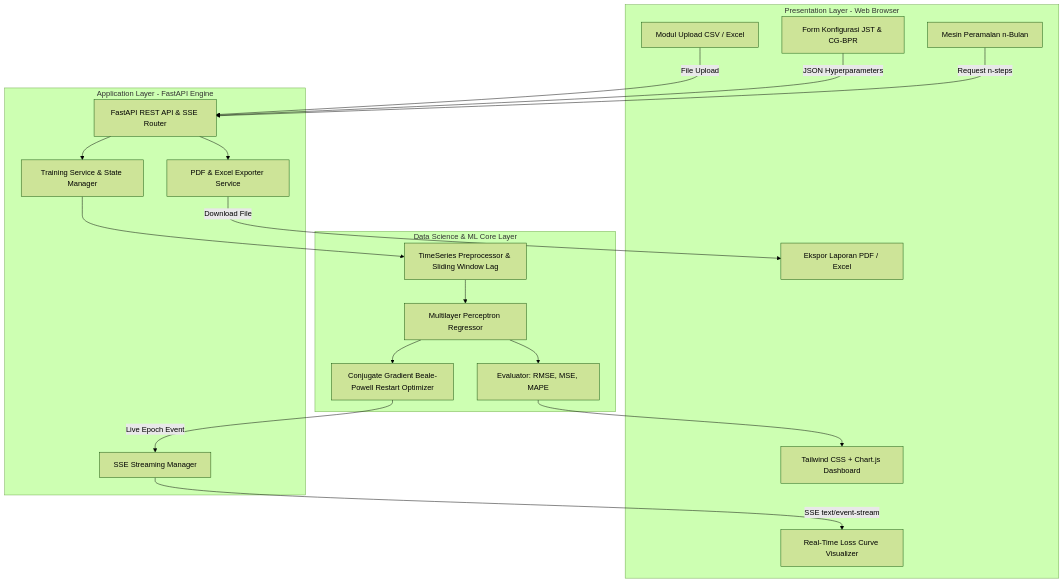
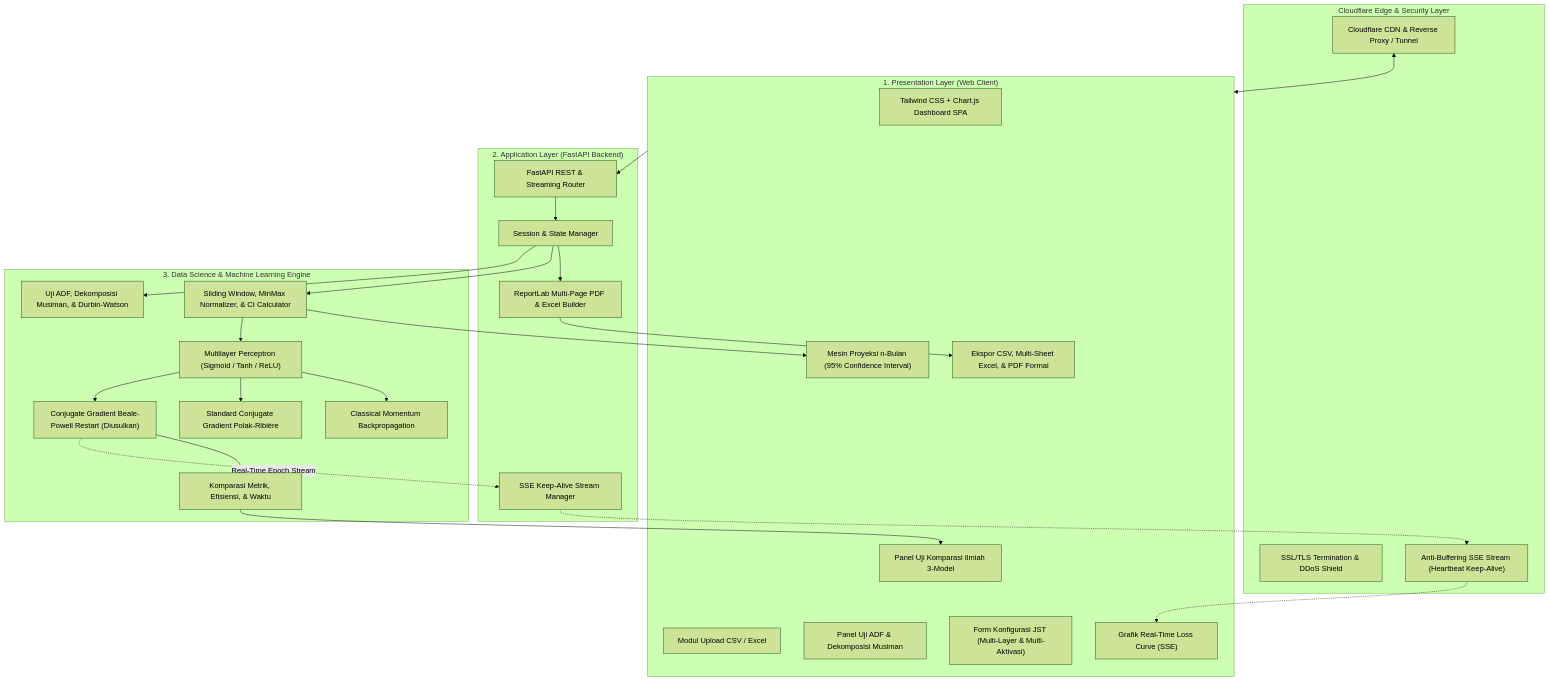
Before and after one commit to nonovlt/peramalan-listrik-gorontalo-jst-cgbpr: the diagram in README.md, drawn with Mermaid (forest theme). The commit also changed other lines of this file and 15 other files, not shown here.

Commit message:
feat(advanced): Uji ADF, Dekomposisi Musiman, Benchmark 3-Model, 95% Confidence Interval, Diagnostik Durbin-Watson, Docker & Cloudflare Optimization

````diff
--- a/README.md
+++ b/README.md
@@ -11,39 +18,53 @@
 ```mermaid
 flowchart TD
-    subgraph Frontend [Presentation Layer - Web Browser]
-        UI[Tailwind CSS + Chart.js Dashboard]
-        UploadMod[Modul Upload CSV / Excel]
-        ConfigMod[Form Konfigurasi JST & CG-BPR]
-        LiveCurve[Real-Time Loss Curve Visualizer]
-        ForecastUI[Mesin Peramalan n-Bulan]
-        ExportUI[Ekspor Laporan PDF / Excel]
+    subgraph CloudflareLayer ["Cloudflare Edge & Security Layer"]
+        CF_CDN["Cloudflare CDN & Reverse Proxy / Tunnel"]
+        CF_SSL["SSL/TLS Termination & DDoS Shield"]
+        CF_SSE["Anti-Buffering SSE Stream (Heartbeat Keep-Alive)"]
     end
 
-    subgraph Backend [Application Layer - FastAPI Engine]
-        API[FastAPI REST API & SSE Router]
-        TrainService[Training Service & State Manager]
-        StreamManager[SSE Streaming Manager]
-        ReportGen[PDF & Excel Exporter Service]
+    subgraph PresentationLayer ["1. Presentation Layer (Web Client)"]
+        UI["Tailwind CSS + Chart.js Dashboard SPA"]
+        UploadMod["Modul Upload CSV / Excel"]
+        EDAPanel["Panel Uji ADF & Dekomposisi Musiman"]
+        ConfigMod["Form Konfigurasi JST (Multi-Layer & Multi-Aktivasi)"]
+        LiveLossChart["Grafik Real-Time Loss Curve (SSE)"]
+        BenchmarkPanel["Panel Uji Komparasi Ilmiah 3-Model"]
+        ForecastPanel["Mesin Proyeksi n-Bulan (95% Confidence Interval)"]
+        ExportPanel["Ekspor CSV, Multi-Sheet Excel, & PDF Formal"]
     end
 
-    subgraph MLEngine [Data Science & ML Core Layer]
-        Preproc[TimeSeries Preprocessor & Sliding Window Lag]
-        ANN[Multilayer Perceptron Regressor]
-        CGBPR[Conjugate Gradient Beale-Powell Restart Optimizer]
-        Evaluator[Evaluator: RMSE, MSE, MAPE]
+    subgraph ServiceLayer ["2. Application Layer (FastAPI Backend)"]
+        Router["FastAPI REST & Streaming Router"]
+        AppStateManager["Session & State Manager"]
+        SSEHub["SSE Keep-Alive Stream Manager"]
+        ReportEngine["ReportLab Multi-Page PDF & Excel Builder"]
     end
 
-    UploadMod -->|File Upload| API
-    ConfigMod -->|JSON Hyperparameters| API
-    API --> TrainService
-    TrainService --> Preproc
-    Preproc --> ANN
-    ANN --> CGBPR
-    CGBPR -->|Live Epoch Event| StreamManager
-    StreamManager -->|SSE text/event-stream| LiveCurve
-    ANN --> Evaluator
-    Evaluator --> UI
-    ForecastUI -->|Request n-steps| API
-    API --> ReportGen
-    ReportGen -->|Download File| ExportUI
+    subgraph CoreEngine ["3. Data Science & Machine Learning Engine"]
+        Diagnostics["Uji ADF, Dekomposisi Musiman, & Durbin-Watson"]
+        Preprocessor["Sliding Window, MinMax Normalizer, & CI Calculator"]
+        MLP["Multilayer Perceptron (Sigmoid / Tanh / ReLU)"]
+        CGBPROptimizer["Conjugate Gradient Beale-Powell Restart (Diusulkan)"]
+        CGPROptimizer["Standard Conjugate Gradient Polak-Ribière"]
+        SGDOptimizer["Classical Momentum Backpropagation"]
+        BenchmarkEngine["Komparasi Metrik, Efisiensi, & Waktu"]
+    end
+
+    CF_CDN <--> PresentationLayer
+    PresentationLayer --> Router
+    Router --> AppStateManager
+    AppStateManager --> Diagnostics
+    AppStateManager --> Preprocessor
+    Preprocessor --> MLP
+    MLP --> CGBPROptimizer
+    MLP --> CGPROptimizer
+    MLP --> SGDOptimizer
+    CGBPROptimizer -.->|Real-Time Epoch Stream| SSEHub
+    SSEHub -.-> CF_SSE -.-> LiveLossChart
+    CGBPROptimizer --> BenchmarkEngine
+    BenchmarkEngine --> BenchmarkPanel
+    Preprocessor --> ForecastPanel
+    AppStateManager --> ReportEngine
+    ReportEngine --> ExportPanel
 ```
````
